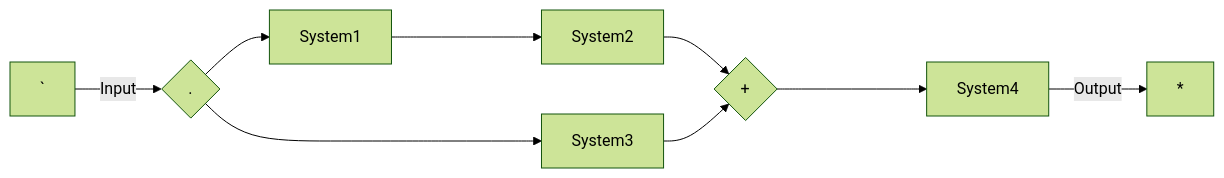
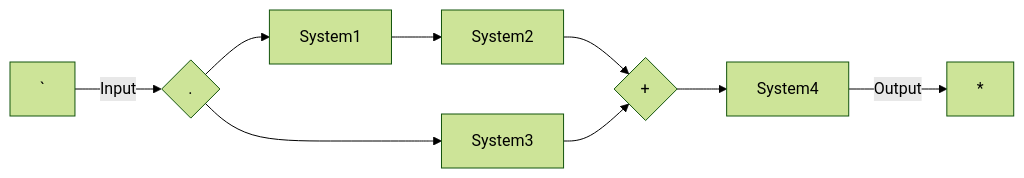
The fifth of 6 diagrams in signal-processing/kutz/5/README.md (setrar/dsp), drawn with Mermaid (forest theme) before and after one commit. The commit also changed other lines of this file, not shown here.

````diff
--- a/signal-processing/kutz/5/README.md
+++ b/signal-processing/kutz/5/README.md
@@ -82,11 +82,11 @@
 ```mermaid
 flowchart LR
     ` -->|Input| B{.}
     B --> F[System1]
-    F----> C[System2]
-    B ----> D[System3]
+    F --> C[System2]
+    B --> D[System3]
     C --> E{+}
     D --> E{+}
-    E ----> G[System4]
-    G--> |Output| *
+    E --> G[System4]
+    G --> |Output| *
 ```
````
